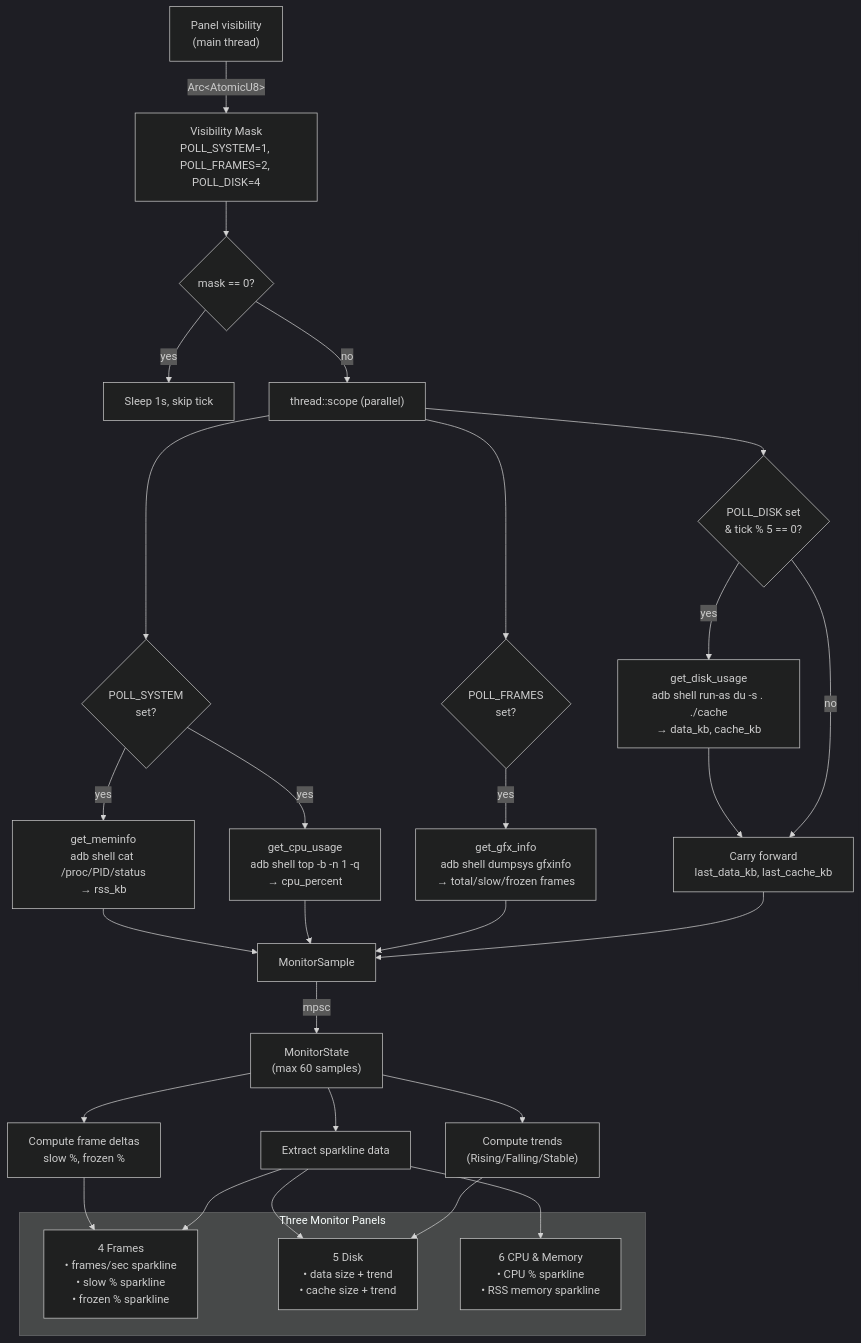
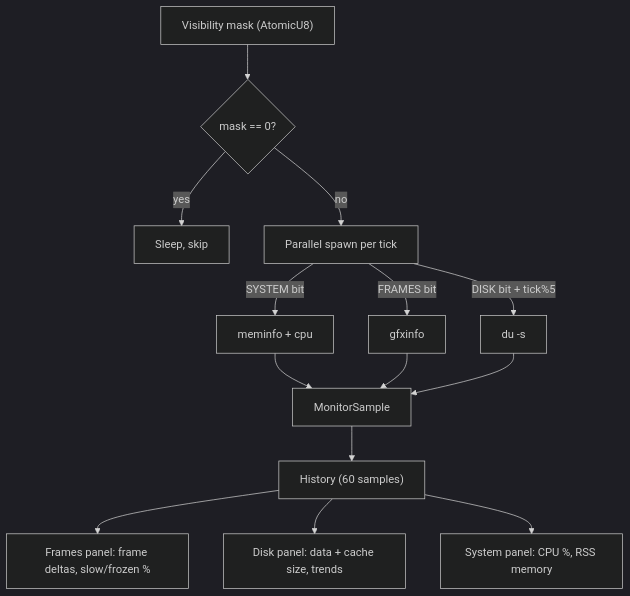
Before and after one commit to measure-sh/holo: the diagram in docs/architecture/monitor.mmd, drawn with Mermaid (dark theme). The commit also changed 8 other files, not shown here.

Commit message:
Tighten architecture diagrams for readability

```diff
--- a/docs/architecture/monitor.mmd
+++ b/docs/architecture/monitor.mmd
@@ -1,40 +1,17 @@
 graph TD
-    VIS["Panel visibility\n(main thread)"] -->|"Arc&lt;AtomicU8&gt;"| MASK["Visibility Mask\nPOLL_SYSTEM=1, POLL_FRAMES=2, POLL_DISK=4"]
+    VIS["Visibility mask (AtomicU8)"] --> CHK{mask == 0?}
+    CHK -->|yes| SLEEP["Sleep, skip"]
+    CHK -->|no| SCOPE["Parallel spawn per tick"]
 
-    MASK --> CHECK{mask == 0?}
-    CHECK -->|yes| SLEEP["Sleep 1s, skip tick"]
-    CHECK -->|no| SCOPE["thread::scope (parallel)"]
-
-    SCOPE --> SYS_CHECK{"POLL_SYSTEM\nset?"}
-    SCOPE --> GFX_CHECK{"POLL_FRAMES\nset?"}
-    SCOPE --> DISK_CHECK{"POLL_DISK set\n& tick % 5 == 0?"}
-
-    SYS_CHECK -->|yes| MEM["get_meminfo\nadb shell cat /proc/PID/status\n→ rss_kb"]
-    SYS_CHECK -->|yes| CPU["get_cpu_usage\nadb shell top -b -n 1 -q\n→ cpu_percent"]
-    GFX_CHECK -->|yes| GFX["get_gfx_info\nadb shell dumpsys gfxinfo\n→ total/slow/frozen frames"]
-    DISK_CHECK -->|yes| DISK["get_disk_usage\nadb shell run-as du -s . ./cache\n→ data_kb, cache_kb"]
+    SCOPE -->|SYSTEM bit| MEM["meminfo + cpu"]
+    SCOPE -->|FRAMES bit| GFX["gfxinfo"]
+    SCOPE -->|"DISK bit + tick%5"| DISK["du -s"]
 
     MEM --> SAMPLE["MonitorSample"]
-    CPU --> SAMPLE
     GFX --> SAMPLE
-    DISK --> LAST["Carry forward\nlast_data_kb, last_cache_kb"]
-    LAST --> SAMPLE
-    DISK_CHECK -->|no| LAST
+    DISK --> SAMPLE
 
-    SAMPLE -->|mpsc| HISTORY["MonitorState\n(max 60 samples)"]
-
-    HISTORY --> DELTAS["Compute frame deltas\nslow %, frozen %"]
-    HISTORY --> TRENDS["Compute trends\n(Rising/Falling/Stable)"]
-    HISTORY --> SPARKLINES["Extract sparkline data"]
-
-    subgraph PANELS["Three Monitor Panels"]
-        FRAMES["4 Frames\n• frames/sec sparkline\n• slow % sparkline\n• frozen % sparkline"]
-        DISK_P["5 Disk\n• data size + trend\n• cache size + trend"]
-        SYSTEM["6 CPU & Memory\n• CPU % sparkline\n• RSS memory sparkline"]
-    end
-
-    DELTAS --> FRAMES
-    SPARKLINES --> FRAMES
-    SPARKLINES --> DISK_P
-    TRENDS --> DISK_P
-    SPARKLINES --> SYSTEM
+    SAMPLE --> HIST["History (60 samples)"]
+    HIST --> P4["Frames panel: frame deltas, slow/frozen %"]
+    HIST --> P5["Disk panel: data + cache size, trends"]
+    HIST --> P6["System panel: CPU %, RSS memory"]
```
